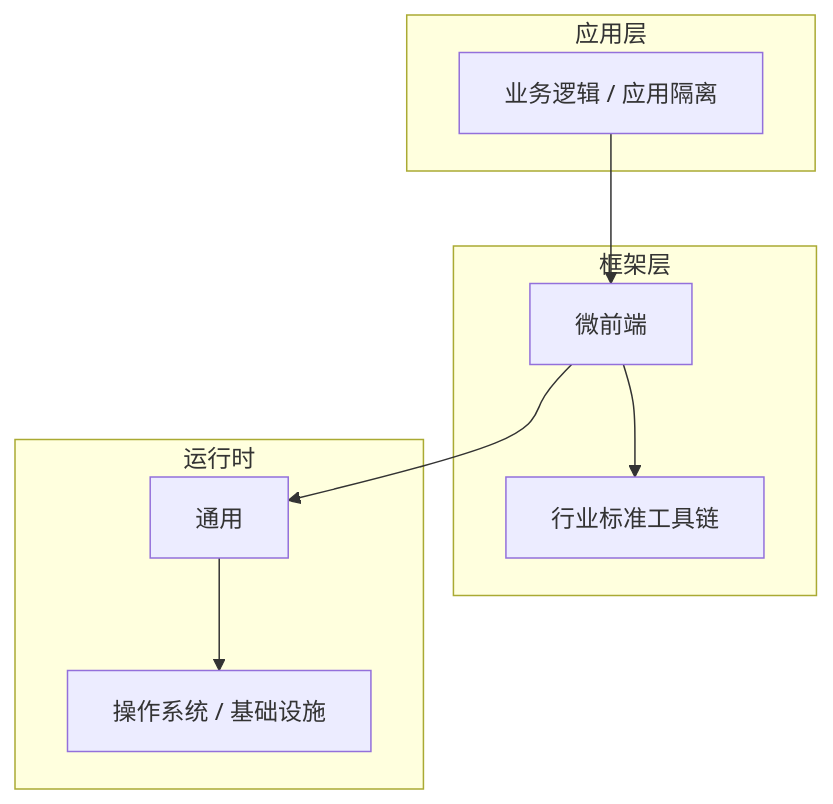
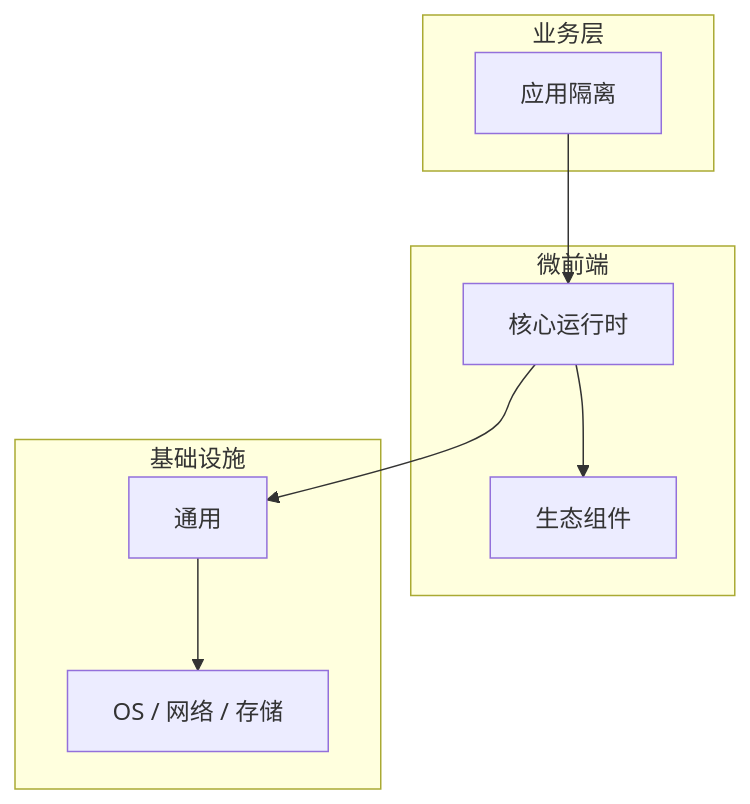
One commit to yanggan2015/knowledge-json-v2 changed the diagram in articles/微前端/chapters/031-应用隔离核心概念与原理.md. Above: the diagram before and after it, drawn with Mermaid. The commit also changed other lines of this file and 10127 other files, not shown here.

````diff
--- a/articles/微前端/chapters/031-应用隔离核心概念与原理.md
+++ b/articles/微前端/chapters/031-应用隔离核心概念与原理.md
@@ -45,18 +34,18 @@
 ```mermaid
 graph TB
-    subgraph 应用层
-        A[业务逻辑 / 应用隔离]
+    subgraph 业务层
+        A[应用隔离]
     end
-    subgraph 框架层
-        B[微前端]
-        C[行业标准工具链]
+    subgraph 微前端
+        B[核心运行时]
+        C[生态组件]
     end
-    subgraph 运行时
+    subgraph 基础设施
         D[通用]
-        E[操作系统 / 基础设施]
+        E[OS / 网络 / 存储]
     end
     A --> B
     B --> C
     B --> D
     D --> E
 ```
````
